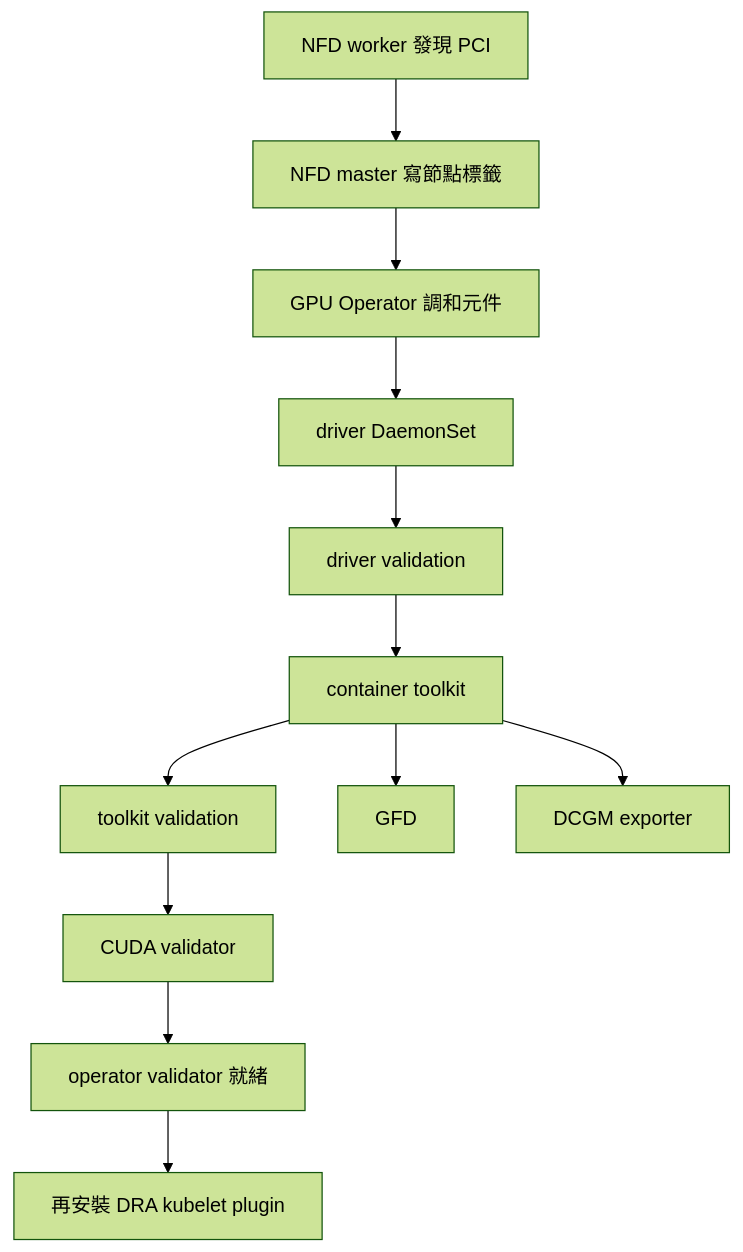
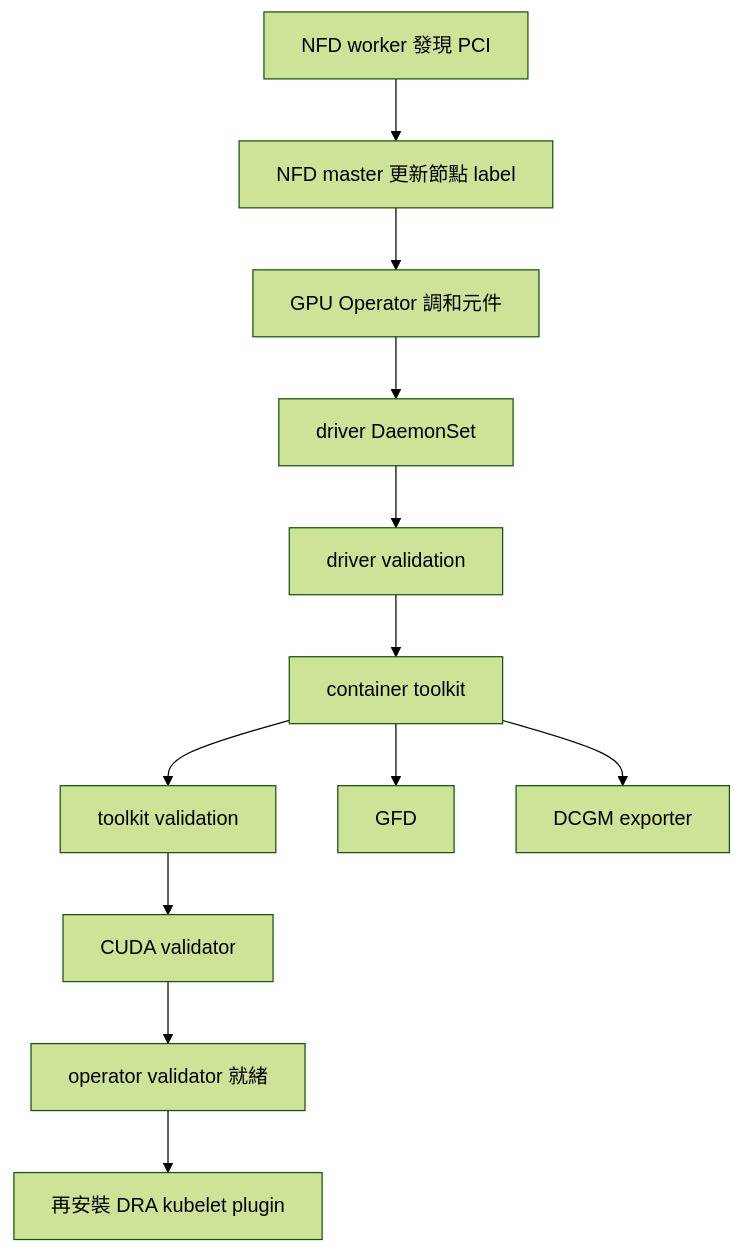
The diagram in book/02-deploy/gpu-operator.md (Daniel77871/dra-gpu-sharing-in-practice), drawn with Mermaid (forest theme) before and after one commit. The commit also changed other lines of this file and 80 other files, not shown here.

````diff
--- a/book/02-deploy/gpu-operator.md
+++ b/book/02-deploy/gpu-operator.md
@@ -11,14 +11,14 @@
 ```mermaid
 flowchart TD
-    NFD["NFD worker 發現 PCI"] --> Master["NFD master 寫節點標籤"]
+    NFD["NFD worker 發現 PCI"] --> Master["NFD master 更新節點 label"]
     Master --> Op["GPU Operator 調和元件"]
     Op --> Driver["driver DaemonSet"]
     Driver --> DriverOK["driver validation"]
     DriverOK --> Toolkit["container toolkit"]
     Toolkit --> ToolkitOK["toolkit validation"]
     ToolkitOK --> CUDA["CUDA validator"]
     CUDA --> Ready["operator validator 就緒"]
     Toolkit --> GFD["GFD"]
     Toolkit --> DCGM["DCGM exporter"]
     Ready --> DRA["再安裝 DRA kubelet plugin"]
 ```
````
